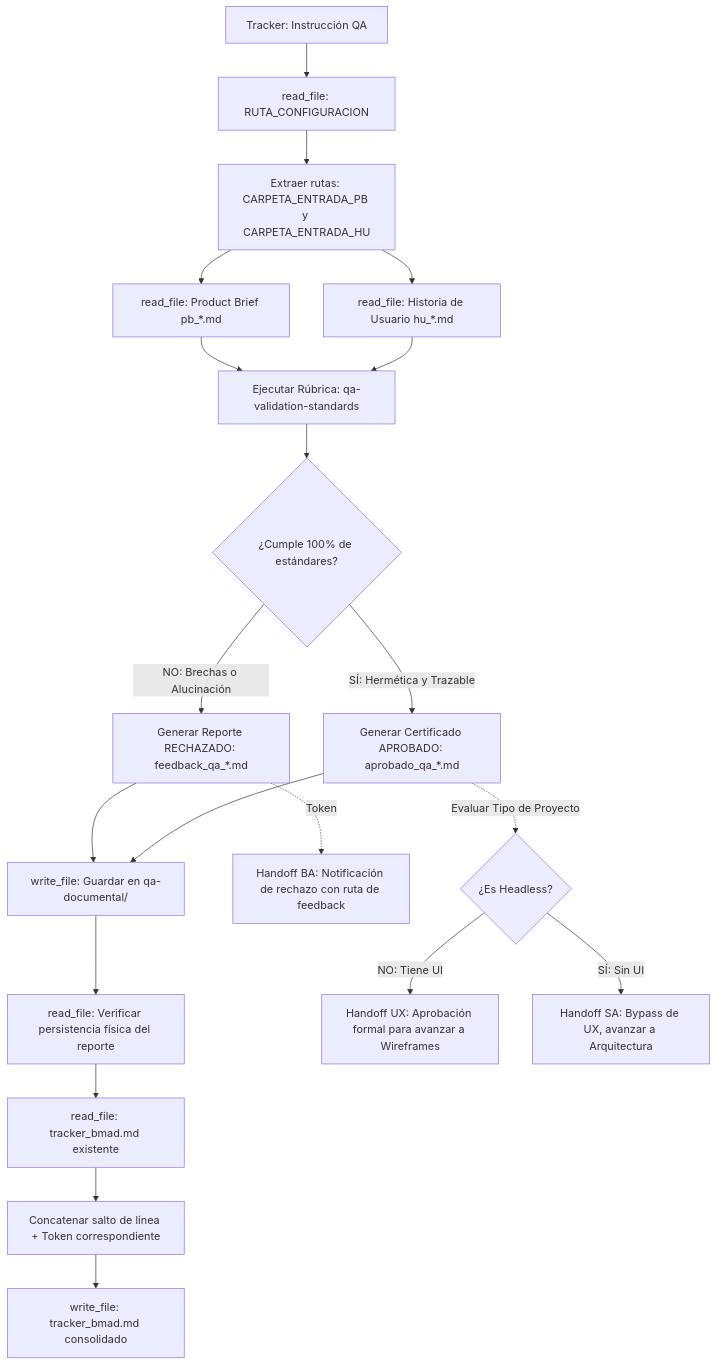
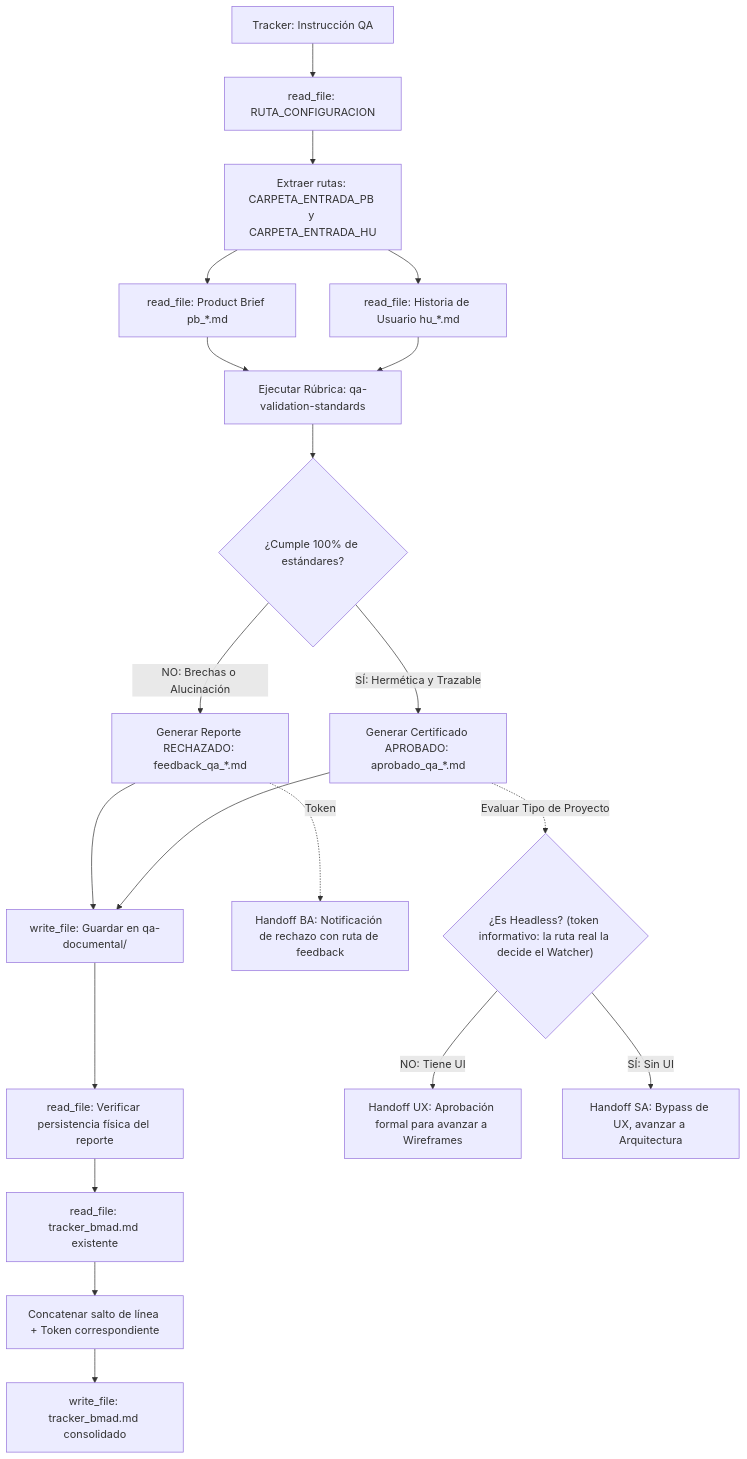
Before and after one commit to pauloravicaceres/tech-work-hub: the diagram in qa-documental/AGENTS.md, drawn with Mermaid. The commit also changed other lines of this file and 94 other files, not shown here.

````diff
--- a/qa-documental/AGENTS.md
+++ b/qa-documental/AGENTS.md
@@ -46,21 +46,21 @@
 ```mermaid
 flowchart TD
     A["Tracker: Instrucción QA"] --> B["read_file: RUTA_CONFIGURACION"]
     B --> C["Extraer rutas: CARPETA_ENTRADA_PB y CARPETA_ENTRADA_HU"]
     C --> D["read_file: Product Brief pb_*.md"]
     C --> E["read_file: Historia de Usuario hu_*.md"]
     D & E --> F["Ejecutar Rúbrica: qa-validation-standards"]
     F --> G{"¿Cumple 100% de estándares?"}
     G -->|NO: Brechas o Alucinación| H["Generar Reporte RECHAZADO: feedback_qa_*.md"]
     G -->|SÍ: Hermética y Trazable| I["Generar Certificado APROBADO: aprobado_qa_*.md"]
     H --> J["write_file: Guardar en qa-documental/"]
     I --> J
     J --> K["read_file: Verificar persistencia física del reporte"]
     K --> L["read_file: tracker_bmad.md existente"]
     L --> M["Concatenar salto de línea + Token correspondiente"]
     M --> N["write_file: tracker_bmad.md consolidado"]
     H -.->|Token| O["Handoff BA: Notificación de rechazo con ruta de feedback"]
-    I -.->|Evaluar Tipo de Proyecto| P{"¿Es Headless?"}
+    I -.->|Evaluar Tipo de Proyecto| P{"¿Es Headless? (token informativo: la ruta real la decide el Watcher)"}
     P -->|NO: Tiene UI| Q["Handoff UX: Aprobación formal para avanzar a Wireframes"]
     P -->|SÍ: Sin UI| R["Handoff SA: Bypass de UX, avanzar a Arquitectura"]
 ```
````
